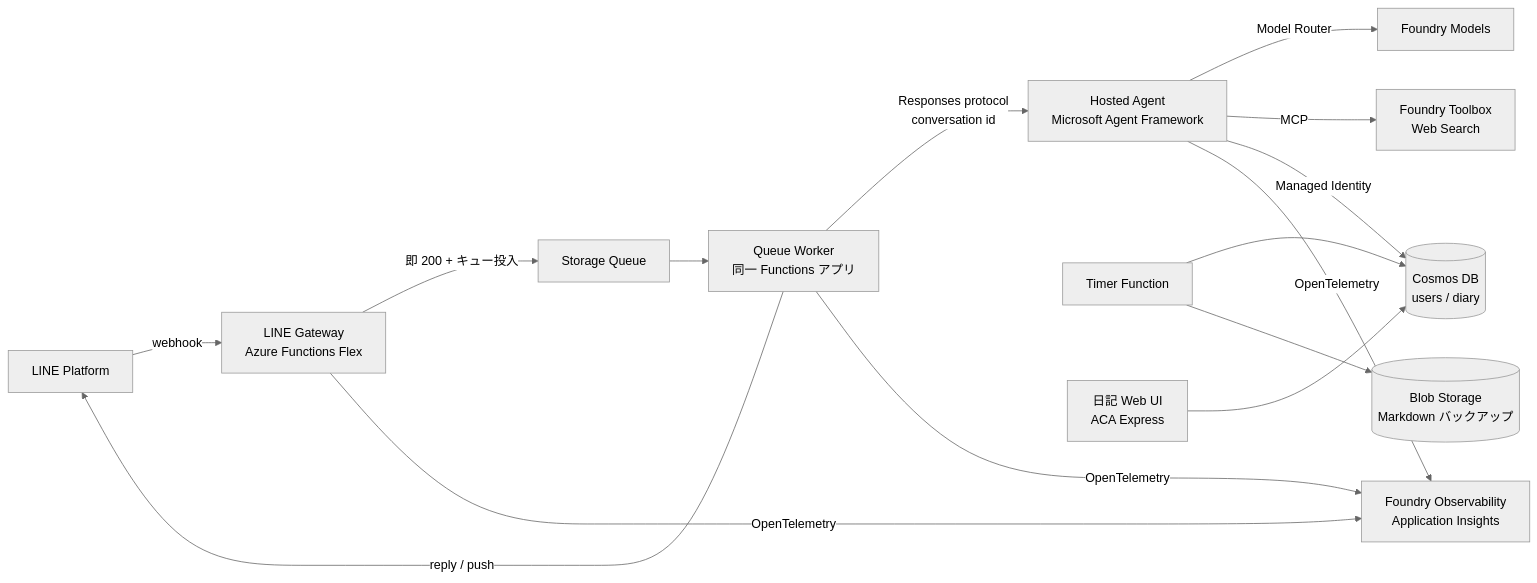
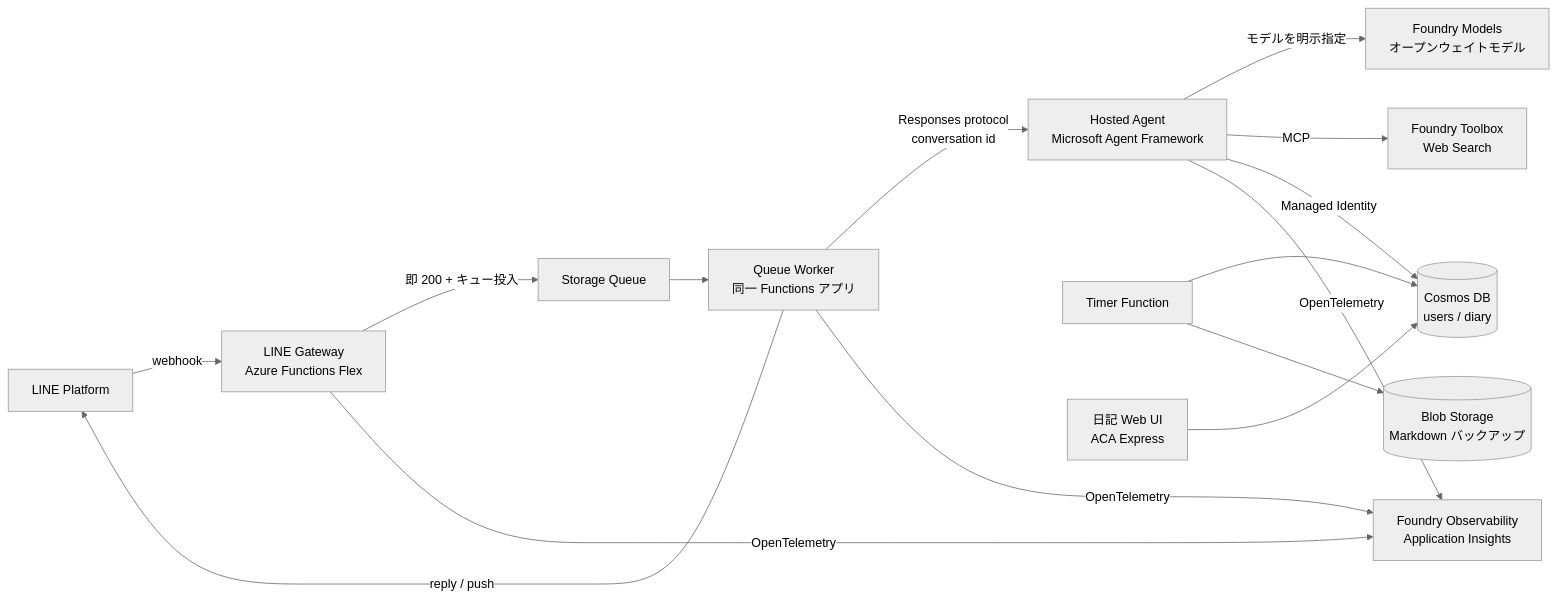
The diagram in docs/adr/0001-azure-native-agent-architecture.md (Tomodo1773/line-character-agent), drawn with Mermaid (neutral theme) before and after one commit. The commit also changed other lines of this file, not shown here.

First line of the commit message:
docs(adr): Model Router をやめオープンウェイトモデルの明示指定に変更

````diff
--- a/docs/adr/0001-azure-native-agent-architecture.md
+++ b/docs/adr/0001-azure-native-agent-architecture.md
@@ -34,15 +34,15 @@
 ```mermaid
 flowchart LR
     LINE[LINE Platform] -->|webhook| GW[LINE Gateway<br/>Azure Functions Flex]
     GW -->|即 200 + キュー投入| Q[Storage Queue]
     Q --> W[Queue Worker<br/>同一 Functions アプリ]
     W -->|Responses protocol<br/>conversation id| HA[Hosted Agent<br/>Microsoft Agent Framework]
     W -->|reply / push| LINE
-    HA -->|Model Router| M[Foundry Models]
+    HA -->|モデルを明示指定| M[Foundry Models<br/>オープンウェイトモデル]
     HA -->|MCP| TB[Foundry Toolbox<br/>Web Search]
     HA -->|Managed Identity| COS[(Cosmos DB<br/>users / diary)]
     BK[Timer Function] --> COS
     BK --> BLOB[(Blob Storage<br/>Markdown バックアップ)]
     UI[日記 Web UI<br/>ACA Express] --> COS
     GW & W & HA -->|OpenTelemetry| OBS[Foundry Observability<br/>Application Insights]
 ```
````
